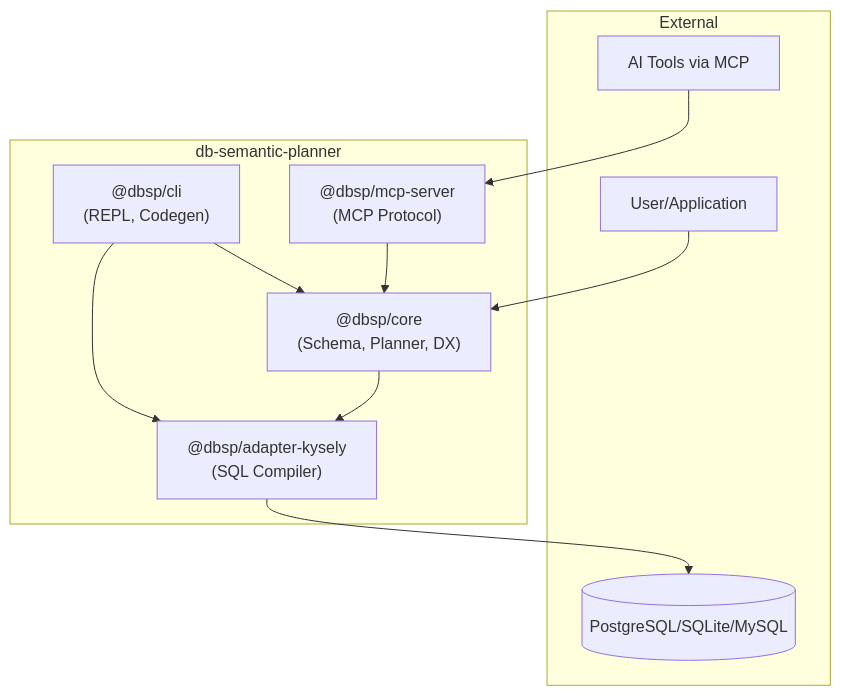
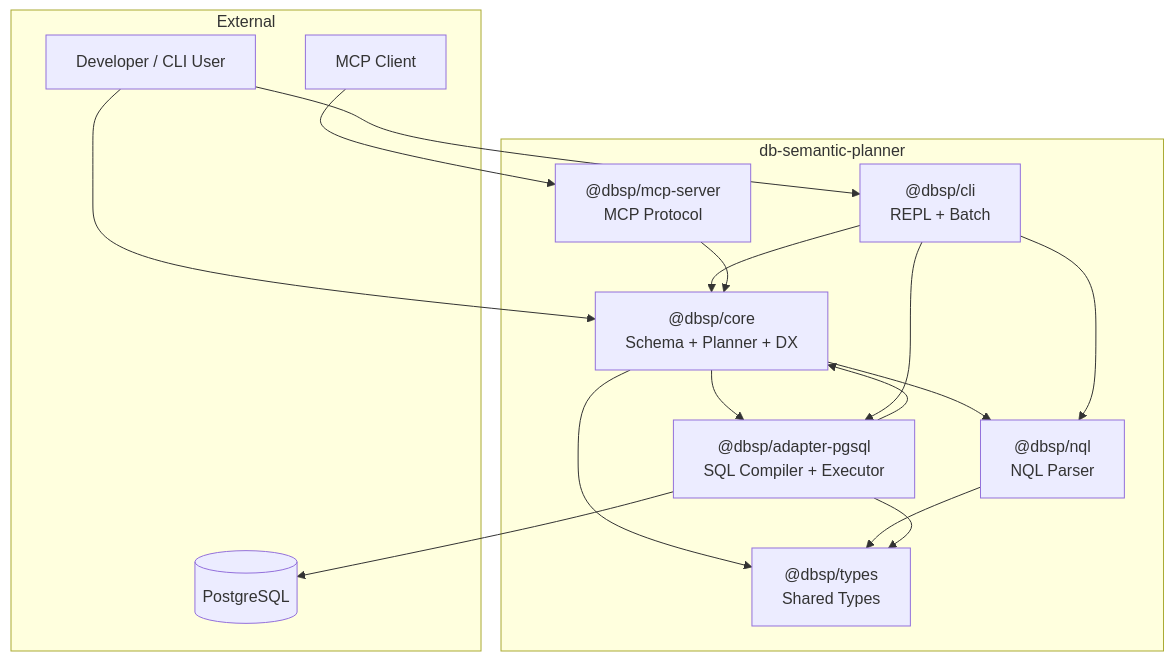
The first of 4 diagrams in docs/audit/ARCHITECTURE.md (oorabona/db-semantic-planner), drawn with Mermaid before and after one commit. The commit also changed other lines of this file and 13 other files, not shown here.

````diff
--- a/docs/audit/ARCHITECTURE.md
+++ b/docs/audit/ARCHITECTURE.md
@@ -5,23 +5,32 @@
 ```mermaid
 graph TB
     subgraph "External"
-        User[User/Application]
-        ExtDB[(PostgreSQL/SQLite/MySQL)]
-        AI[AI Tools via MCP]
+        User[Developer / CLI User]
+        PG[(PostgreSQL)]
+        MCP[MCP Client]
     end
 
     subgraph "db-semantic-planner"
-        Core["@dbsp/core<br/>(Schema, Planner, DX)"]
-        Adapter["@dbsp/adapter-kysely<br/>(SQL Compiler)"]
-        CLI["@dbsp/cli<br/>(REPL, Codegen)"]
-        MCP["@dbsp/mcp-server<br/>(MCP Protocol)"]
+        Core["@dbsp/core<br/>Schema + Planner + DX"]
+        Adapter["@dbsp/adapter-pgsql<br/>SQL Compiler + Executor"]
+        NQL["@dbsp/nql<br/>NQL Parser"]
+        Types["@dbsp/types<br/>Shared Types"]
+        CLI["@dbsp/cli<br/>REPL + Batch"]
+        MCPSrv["@dbsp/mcp-server<br/>MCP Protocol"]
     end
 
+    User --> CLI
     User --> Core
+    MCP --> MCPSrv
     Core --> Adapter
-    Adapter --> ExtDB
+    Core --> NQL
+    Core --> Types
+    NQL --> Types
+    Adapter --> Core
+    Adapter --> Types
+    Adapter --> PG
     CLI --> Core
+    CLI --> NQL
     CLI --> Adapter
-    MCP --> Core
-    AI --> MCP
+    MCPSrv --> Core
 ```
````
